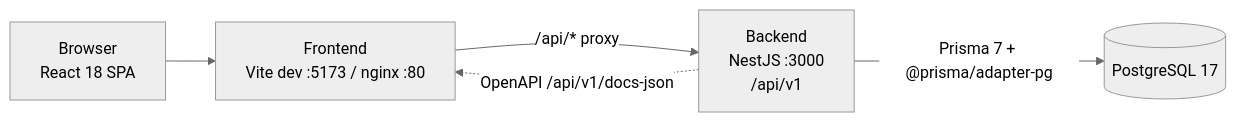
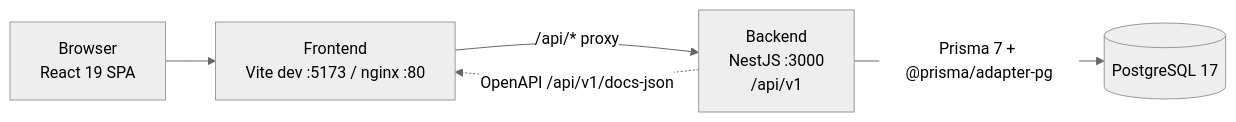
The second of 2 diagrams in README.md (alonshuld/BeetBite), drawn with Mermaid (neutral theme) before and after one commit. The commit also changed other lines of this file and 30 other files, not shown here.

````diff
--- a/README.md
+++ b/README.md
@@ -135,12 +135,12 @@
 ```mermaid
 flowchart LR
-    B["Browser<br/>React 18 SPA"]
+    B["Browser<br/>React 19 SPA"]
     F["Frontend<br/>Vite dev :5173 / nginx :80"]
     A["Backend<br/>NestJS :3000<br/>/api/v1"]
     D[("PostgreSQL 17")]
 
     B --> F
     F -- "/api/* proxy" --> A
     A -- "Prisma 7 + @prisma/adapter-pg" --> D
     A -. "OpenAPI /api/v1/docs-json" .-> F
 ```
````
